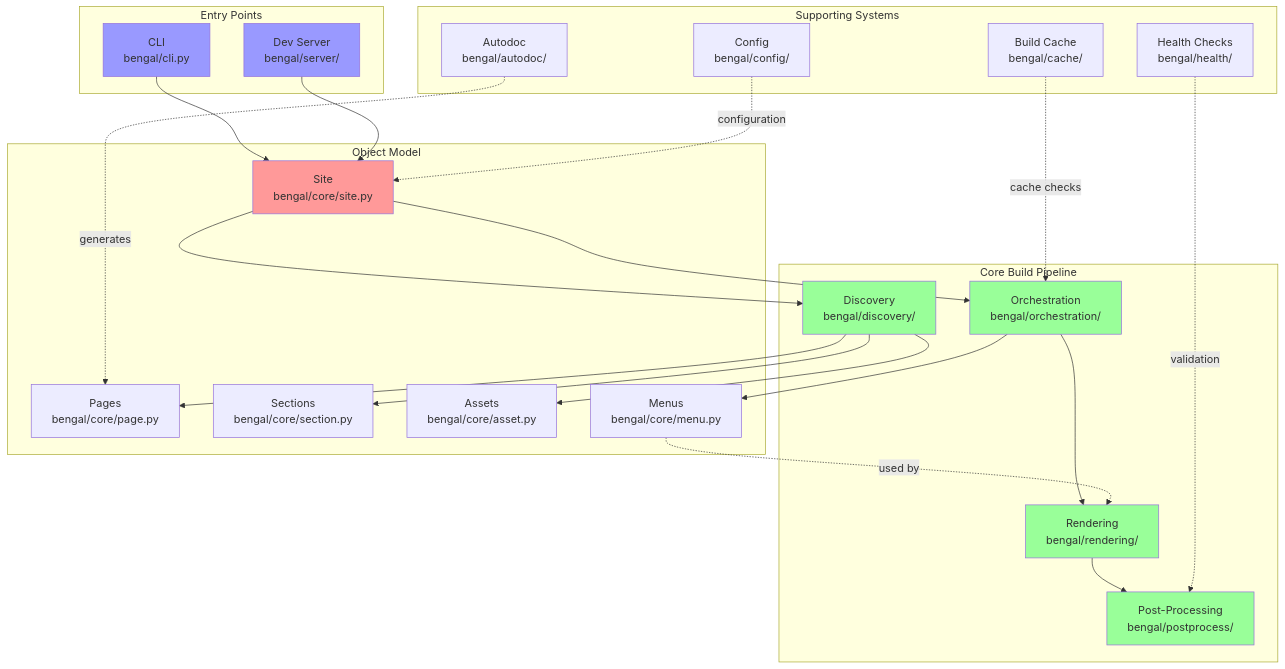
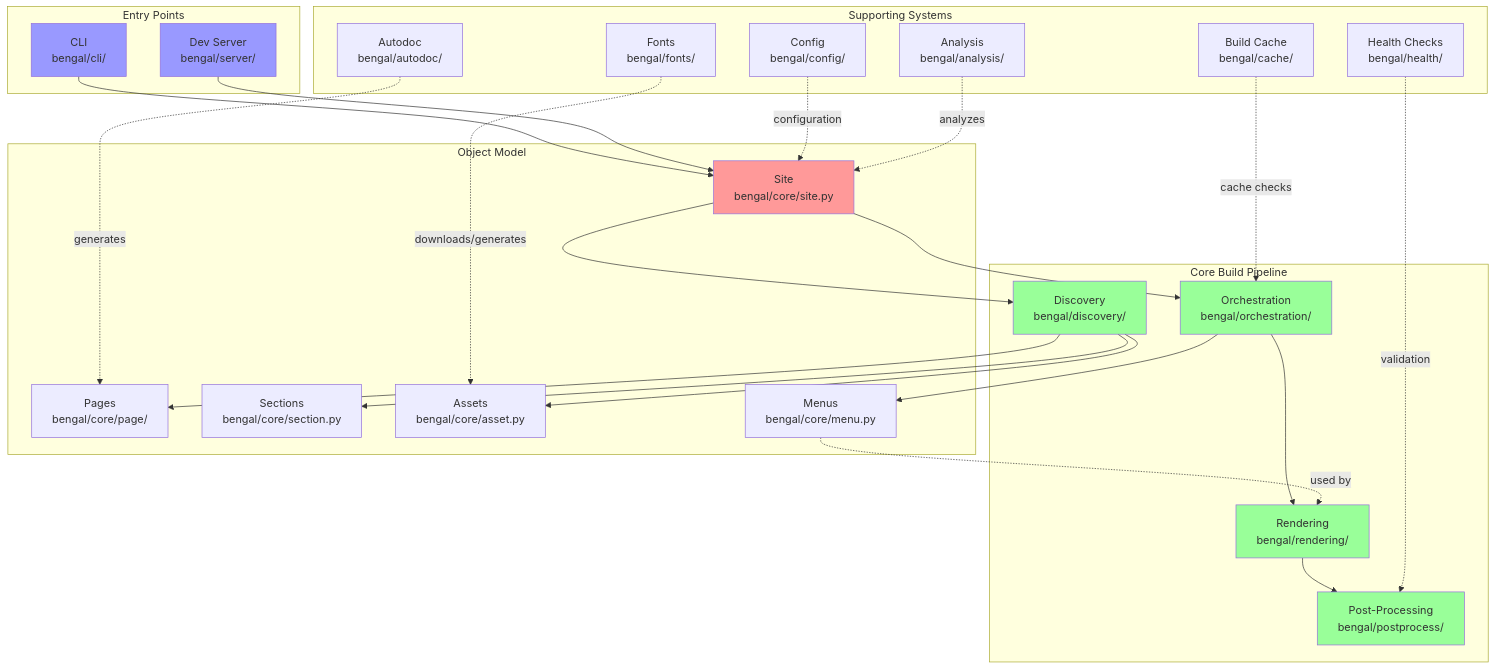
The first of 6 diagrams in ARCHITECTURE.md (lbliii/bengal), drawn with Mermaid before and after one commit. The commit also changed other lines of this file and 208 other files, not shown here.

````diff
--- a/ARCHITECTURE.md
+++ b/ARCHITECTURE.md
@@ -16,53 +16,57 @@
 ```mermaid
 graph TB
     subgraph "Entry Points"
-        CLI[CLI<br/>bengal/cli.py]
+        CLI[CLI<br/>bengal/cli/]
         Server[Dev Server<br/>bengal/server/]
     end
     
     subgraph "Core Build Pipeline"
         Discovery[Discovery<br/>bengal/discovery/]
         Orchestration[Orchestration<br/>bengal/orchestration/]
         Rendering[Rendering<br/>bengal/rendering/]
         PostProcess[Post-Processing<br/>bengal/postprocess/]
     end
     
     subgraph "Object Model"
         Site[Site<br/>bengal/core/site.py]
-        Pages[Pages<br/>bengal/core/page.py]
+        Pages[Pages<br/>bengal/core/page/]
         Sections[Sections<br/>bengal/core/section.py]
         Assets[Assets<br/>bengal/core/asset.py]
         Menus[Menus<br/>bengal/core/menu.py]
     end
     
     subgraph "Supporting Systems"
         Cache[Build Cache<br/>bengal/cache/]
         Health[Health Checks<br/>bengal/health/]
         Autodoc[Autodoc<br/>bengal/autodoc/]
         Config[Config<br/>bengal/config/]
+        Analysis[Analysis<br/>bengal/analysis/]
+        Fonts[Fonts<br/>bengal/fonts/]
     end
     
     CLI --> Site
     Server --> Site
     Site --> Discovery
     Discovery --> Pages
     Discovery --> Sections
     Discovery --> Assets
     Site --> Orchestration
     Orchestration --> Menus
     Orchestration --> Rendering
     Menus -.->|"used by"| Rendering
     Rendering --> PostProcess
     Cache -.->|"cache checks"| Orchestration
     Health -.->|"validation"| PostProcess
     Autodoc -.->|"generates"| Pages
     Config -.->|"configuration"| Site
+    Analysis -.->|"analyzes"| Site
+    Fonts -.->|"downloads/generates"| Assets
     
     style Site fill:#ff9999
     style CLI fill:#9999ff
     style Server fill:#9999ff
     style Discovery fill:#99ff99
     style Orchestration fill:#99ff99
     style Rendering fill:#99ff99
     style PostProcess fill:#99ff99
 ```
````
